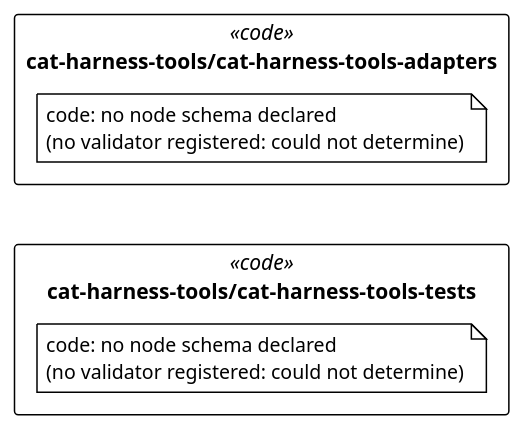
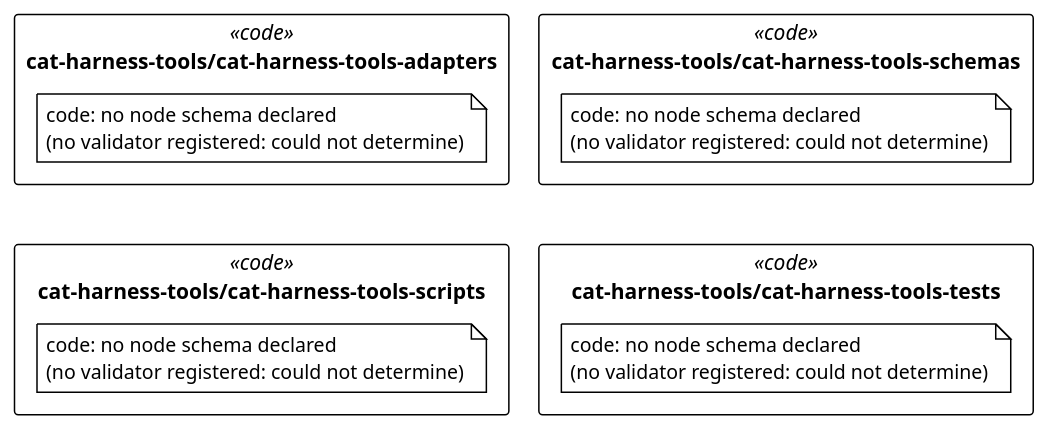
Before and after one commit to litlfred/folio-assistant: the diagram in cat-harness/uml/overview/cat-harness-tools.puml, drawn with PlantUML. The commit also changed 32 other files, not shown here.

```diff
--- a/cat-harness/uml/overview/cat-harness-tools.puml
+++ b/cat-harness/uml/overview/cat-harness-tools.puml
@@ -3,18 +3,25 @@
 @startuml cat_harness_tools
 !pragma layout elk
 !theme plain
 skinparam classAttributeIconSize 0
 skinparam shadowing false
 skinparam packageStyle rectangle
 hide empty methods
 
 package "cat-harness-tools/cat-harness-tools-adapters" as pkg_cat_harness_tools_cat_harness_tools_adapters <<code>> {
   note "code: no node schema declared\n(no validator registered: could not determine)" as n_cat_harness_tools_cat_harness_tools_adapters_code
 }
+package "cat-harness-tools/cat-harness-tools-schemas" as pkg_cat_harness_tools_cat_harness_tools_schemas <<code>> {
+  note "code: no node schema declared\n(no validator registered: could not determine)" as n_cat_harness_tools_cat_harness_tools_schemas_code
+}
+package "cat-harness-tools/cat-harness-tools-scripts" as pkg_cat_harness_tools_cat_harness_tools_scripts <<code>> {
+  note "code: no node schema declared\n(no validator registered: could not determine)" as n_cat_harness_tools_cat_harness_tools_scripts_code
+}
 package "cat-harness-tools/cat-harness-tools-tests" as pkg_cat_harness_tools_cat_harness_tools_tests <<code>> {
   note "code: no node schema declared\n(no validator registered: could not determine)" as n_cat_harness_tools_cat_harness_tools_tests_code
 }
 
-' grid: portrait, 1 column(s) — pkg_cat_harness_tools_cat_harness_tools_adapters pkg_cat_harness_tools_cat_harness_tools_tests
-pkg_cat_harness_tools_cat_harness_tools_adapters -[hidden]down- pkg_cat_harness_tools_cat_harness_tools_tests
+' grid: portrait, 2 column(s) — pkg_cat_harness_tools_cat_harness_tools_adapters pkg_cat_harness_tools_cat_harness_tools_schemas pkg_cat_harness_tools_cat_harness_tools_scripts pkg_cat_harness_tools_cat_harness_tools_tests
+pkg_cat_harness_tools_cat_harness_tools_adapters -[hidden]down- pkg_cat_harness_tools_cat_harness_tools_scripts
+pkg_cat_harness_tools_cat_harness_tools_schemas -[hidden]down- pkg_cat_harness_tools_cat_harness_tools_tests
 @enduml
```
